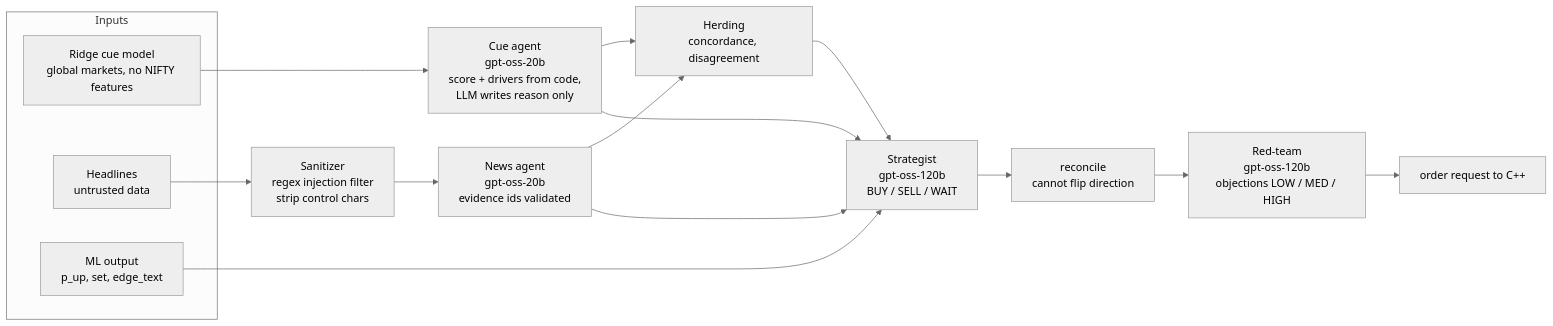
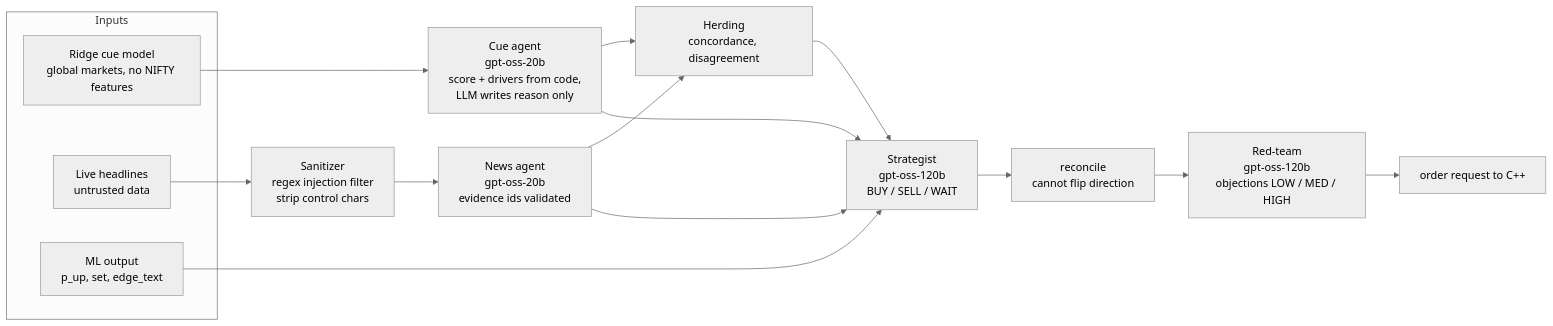
The third of 7 diagrams in README.md (HIMANSHU-heist/VERITAS), drawn with Mermaid (neutral theme) before and after one commit. The commit also changed other lines of this file, not shown here.

````diff
--- a/README.md
+++ b/README.md
@@ -168,21 +194,21 @@
 ```mermaid
 flowchart LR
     subgraph Inputs
         R[Ridge cue model<br/>global markets, no NIFTY features]
-        H[Headlines<br/>untrusted data]
+        H[Live headlines<br/>untrusted data]
         M[ML output<br/>p_up, set, edge_text]
     end
 
     R --> CUEA[Cue agent<br/>gpt-oss-20b<br/>score + drivers from code,<br/>LLM writes reason only]
     H --> SAN[Sanitizer<br/>regex injection filter<br/>strip control chars]
     SAN --> NEWSA[News agent<br/>gpt-oss-20b<br/>evidence ids validated]
     CUEA --> HERD[Herding<br/>concordance, disagreement]
     NEWSA --> HERD
     CUEA --> STRAT[Strategist<br/>gpt-oss-120b<br/>BUY / SELL / WAIT]
     NEWSA --> STRAT
     M --> STRAT
     HERD --> STRAT
     STRAT --> REC[reconcile<br/>cannot flip direction]
     REC --> RED[Red-team<br/>gpt-oss-120b<br/>objections LOW / MED / HIGH]
     RED --> OUT[order request to C++]
 ```
````
